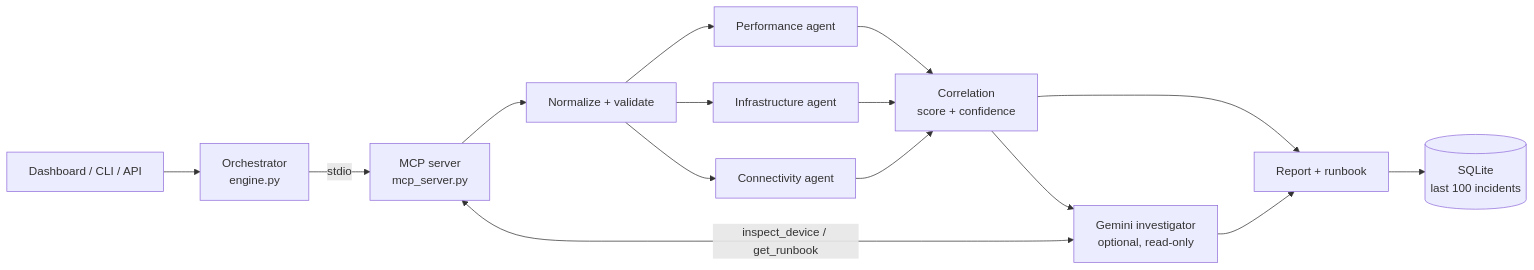
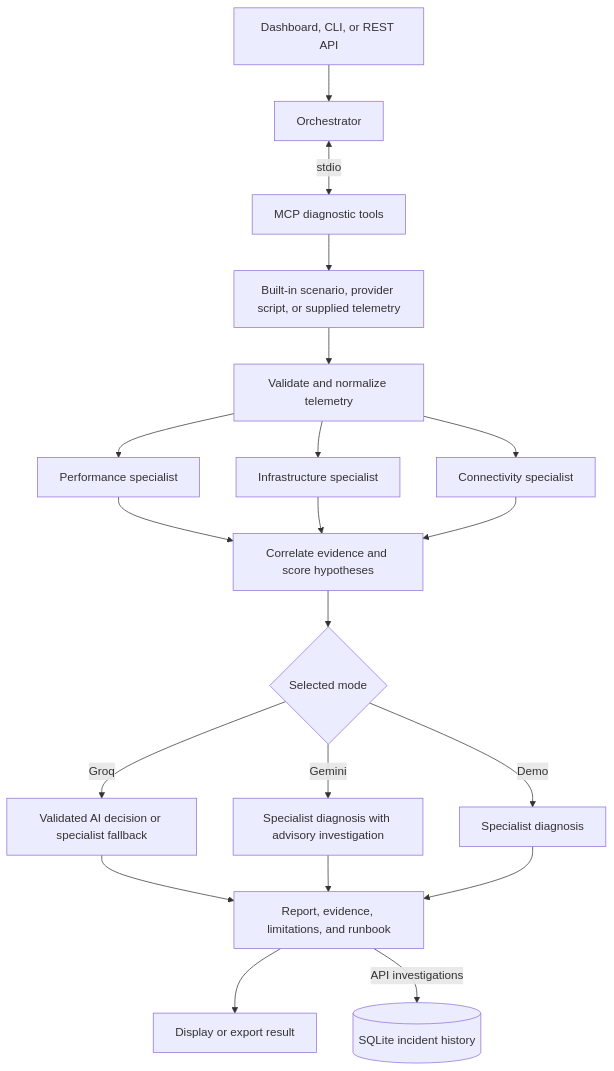
One commit to 1vansh-5/NetCoop-Ai changed the diagram in README.md. Above: the diagram before and after it, drawn with Mermaid. The commit also changed other lines of this file, not shown here.

````diff
--- a/README.md
+++ b/README.md
@@ -58,17 +47,22 @@
 ```mermaid
-flowchart LR
-    UI[Dashboard / CLI / API] --> O[Orchestrator<br/>engine.py]
-    O -->|stdio| M[MCP server<br/>mcp_server.py]
-    M --> N[Normalize + validate]
-    N --> P[Performance agent]
-    N --> I[Infrastructure agent]
-    N --> C[Connectivity agent]
-    P --> F[Correlation<br/>score + confidence]
-    I --> F
-    C --> F
-    F --> G[Gemini investigator<br/>optional, read-only]
-    G <-->|inspect_device / get_runbook| M
-    F --> R[Report + runbook]
-    G --> R
-    R --> DB[(SQLite<br/>last 100 incidents)]
+flowchart TD
+    A[Dashboard, CLI, or REST API] --> B[Orchestrator]
+    B <-->|stdio| M[MCP diagnostic tools]
+    M --> T[Built-in scenario, provider script, or supplied telemetry]
+    T --> N[Validate and normalize telemetry]
+    N --> P[Performance specialist]
+    N --> I[Infrastructure specialist]
+    N --> C[Connectivity specialist]
+    P --> S[Correlate evidence and score hypotheses]
+    I --> S
+    C --> S
+    S --> D{Selected mode}
+    D -->|Demo| R[Specialist diagnosis]
+    D -->|Groq| G[Validated AI decision or specialist fallback]
+    D -->|Gemini| E[Specialist diagnosis with advisory investigation]
+    G --> F[Report, evidence, limitations, and runbook]
+    E --> F
+    R --> F
+    F --> U[Display or export result]
+    F -->|API investigations| DB[(SQLite incident history)]
 ```
````
